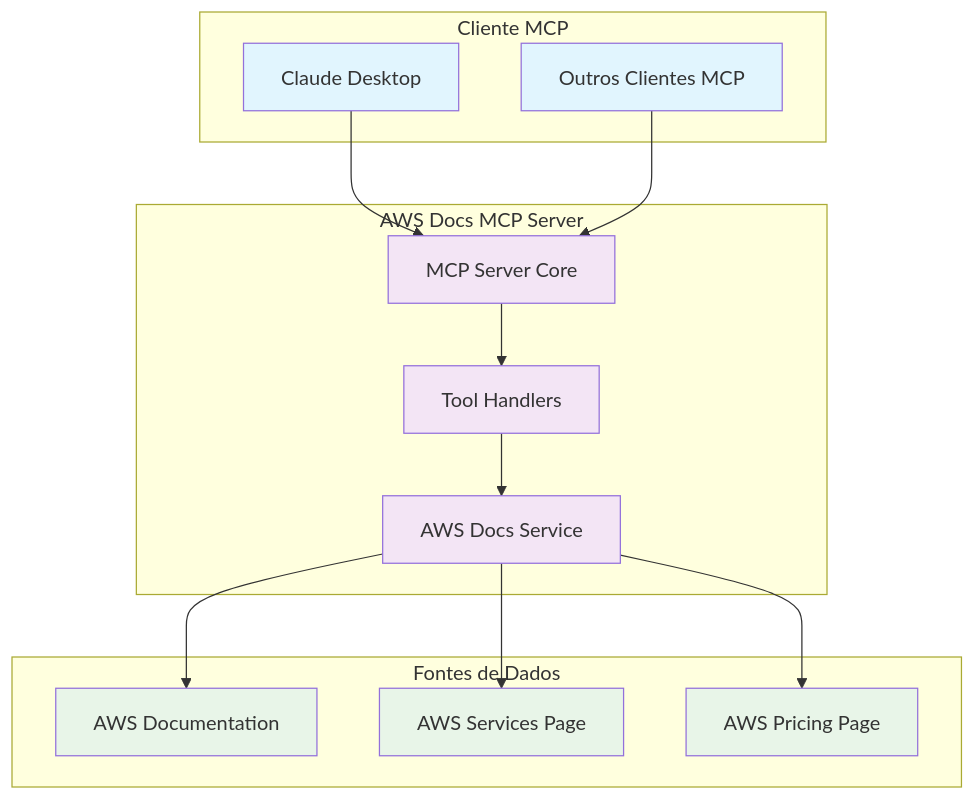
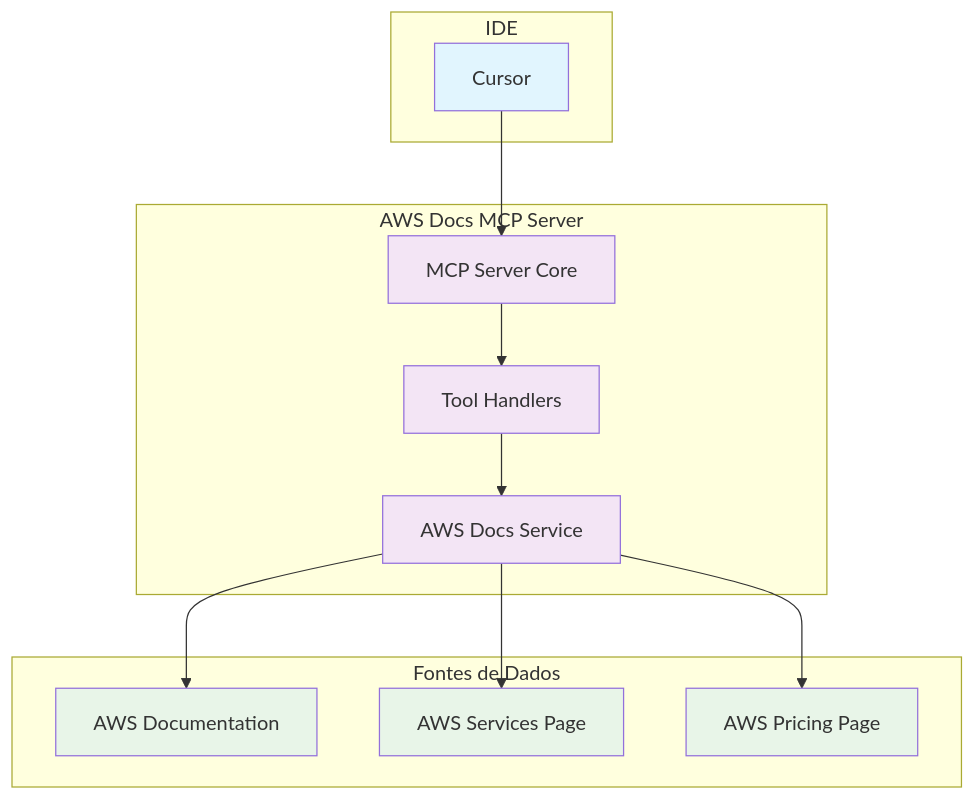
Before and after one commit to ugulinofabiano/mcp_aws_doc: the first of 4 diagrams in mcp_aws_docs/ARCHITECTURE_DIAGRAMS.md, drawn with Mermaid. The commit also changed other lines of this file and 3 other files, not shown here.

First line of the commit message:
docs: Update and simplify architecture documentation

````diff
--- a/mcp_aws_docs/ARCHITECTURE_DIAGRAMS.md
+++ b/mcp_aws_docs/ARCHITECTURE_DIAGRAMS.md
@@ -5,36 +5,33 @@
 ```mermaid
 graph TB
-    subgraph "Cliente MCP"
-        A[Claude Desktop]
-        B[Outros Clientes MCP]
+    subgraph "IDE"
+        A[Cursor]
     end
     
     subgraph "AWS Docs MCP Server"
         C[MCP Server Core]
         D[Tool Handlers]
         E[AWS Docs Service]
     end
     
     subgraph "Fontes de Dados"
         F[AWS Documentation]
         G[AWS Services Page]
         H[AWS Pricing Page]
     end
     
     A --> C
-    B --> C
     C --> D
     D --> E
     E --> F
     E --> G
     E --> H
     
     style A fill:#e1f5fe
-    style B fill:#e1f5fe
     style C fill:#f3e5f5
     style D fill:#f3e5f5
     style E fill:#f3e5f5
     style F fill:#e8f5e8
     style G fill:#e8f5e8
     style H fill:#e8f5e8
 ```
````
